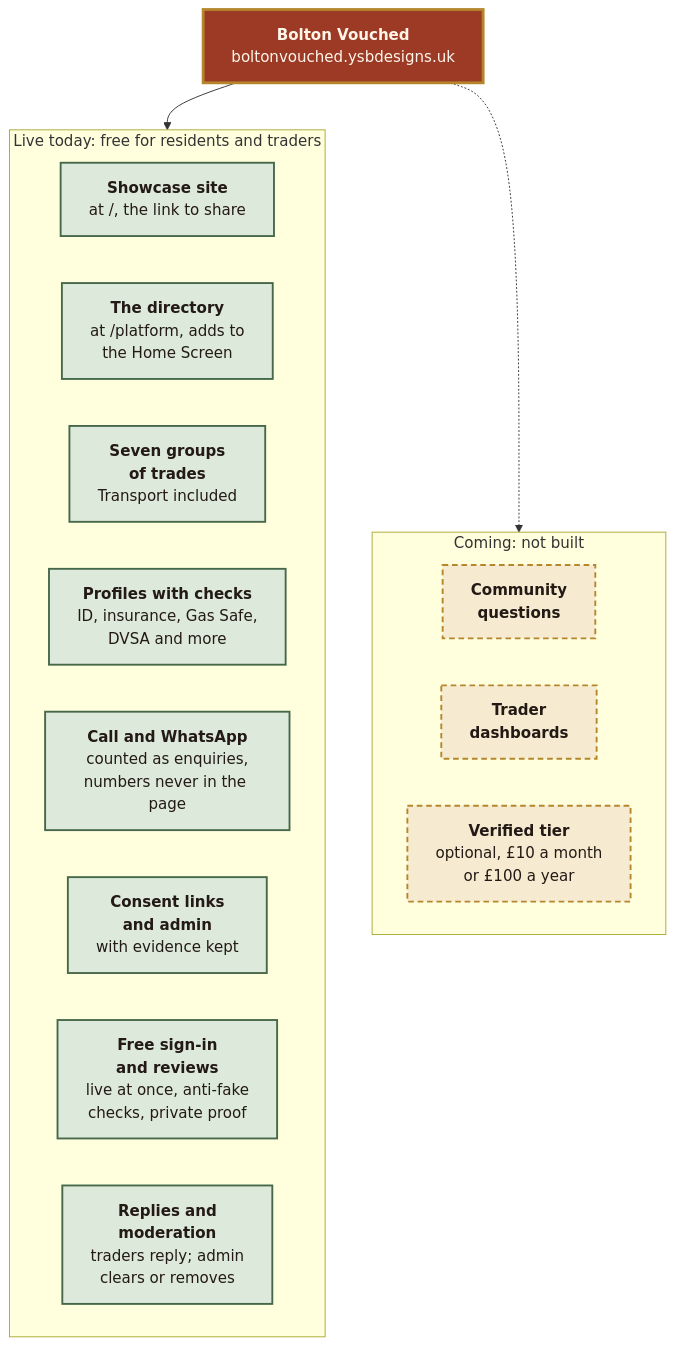
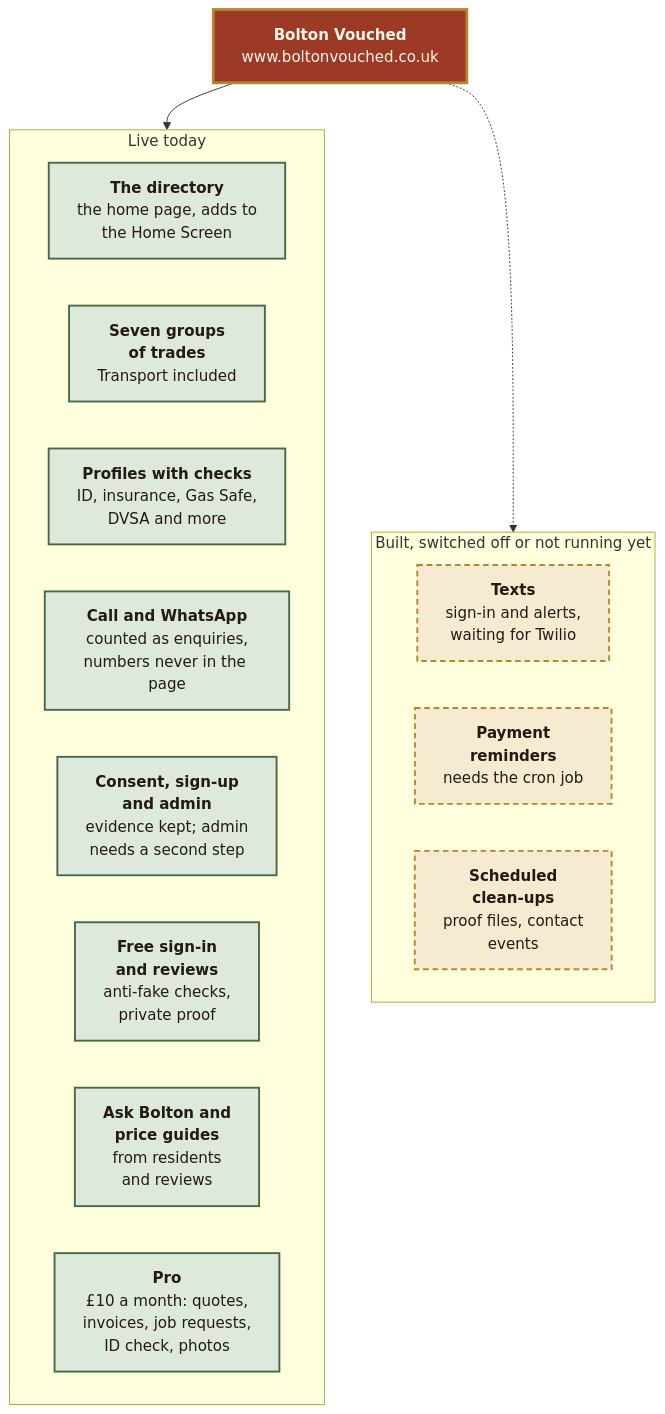
Before and after one commit to yameenbux/Boltontradesmen: the diagram in assets/diagrams/02-live-and-coming.mmd, drawn with Mermaid. The commit also changed 6 other files, not shown here.

First line of the commit message:
README: bring it up to date with the live site

```diff
--- a/assets/diagrams/02-live-and-coming.mmd
+++ b/assets/diagrams/02-live-and-coming.mmd
@@ -1,32 +1,32 @@
 flowchart TB
-    APP["<b>Bolton Vouched</b><br/>boltonvouched.ysbdesigns.uk"]
+    APP["<b>Bolton Vouched</b><br/>www.boltonvouched.co.uk"]
 
-    subgraph LIVE["Live today: free for residents and traders"]
+    subgraph LIVE["Live today"]
         direction LR
-        L1["<b>Showcase site</b><br/>at /, the link to share"]
-        L2["<b>The directory</b><br/>at /platform, adds to<br/>the Home Screen"]
-        L3["<b>Seven groups<br/>of trades</b><br/>Transport included"]
-        L4["<b>Profiles with checks</b><br/>ID, insurance, Gas Safe,<br/>DVSA and more"]
-        L5["<b>Call and WhatsApp</b><br/>counted as enquiries,<br/>numbers never in the page"]
-        L6["<b>Consent links<br/>and admin</b><br/>with evidence kept"]
-        L7["<b>Free sign-in<br/>and reviews</b><br/>live at once, anti-fake<br/>checks, private proof"]
-        L8["<b>Replies and<br/>moderation</b><br/>traders reply; admin<br/>clears or removes"]
+        L1["<b>The directory</b><br/>the home page, adds to<br/>the Home Screen"]
+        L2["<b>Seven groups<br/>of trades</b><br/>Transport included"]
+        L3["<b>Profiles with checks</b><br/>ID, insurance, Gas Safe,<br/>DVSA and more"]
+        L4["<b>Call and WhatsApp</b><br/>counted as enquiries,<br/>numbers never in the page"]
+        L5["<b>Consent, sign-up<br/>and admin</b><br/>evidence kept; admin<br/>needs a second step"]
+        L6["<b>Free sign-in<br/>and reviews</b><br/>anti-fake checks,<br/>private proof"]
+        L7["<b>Ask Bolton and<br/>price guides</b><br/>from residents<br/>and reviews"]
+        L8["<b>Pro</b><br/>£10 a month: quotes,<br/>invoices, job requests,<br/>ID check, photos"]
     end
 
-    subgraph NEXT["Coming: not built"]
+    subgraph NEXT["Built, switched off or not running yet"]
         direction LR
-        N2["<b>Community<br/>questions</b>"]
-        N3["<b>Trader<br/>dashboards</b>"]
-        N4["<b>Verified tier</b><br/>optional, £10 a month<br/>or £100 a year"]
+        N1["<b>Texts</b><br/>sign-in and alerts,<br/>waiting for Twilio"]
+        N2["<b>Payment<br/>reminders</b><br/>needs the cron job"]
+        N3["<b>Scheduled<br/>clean-ups</b><br/>proof files, contact<br/>events"]
     end
 
     APP --> LIVE
     APP -.-> NEXT
 
     classDef core fill:#9C3A25,stroke:#B5862C,stroke-width:3px,color:#FFF5E9
     classDef live fill:#DDE9DA,stroke:#46684A,stroke-width:2px,color:#231A15
     classDef dev fill:#F6EAD0,stroke:#B5862C,stroke-width:2px,stroke-dasharray:6 4,color:#231A15
     classDef ext fill:#EFE5D7,stroke:#97887C,stroke-width:1.5px,color:#231A15
     class APP core
     class L1,L2,L3,L4,L5,L6,L7,L8 live
-    class N2,N3,N4 dev
+    class N1,N2,N3 dev
```
